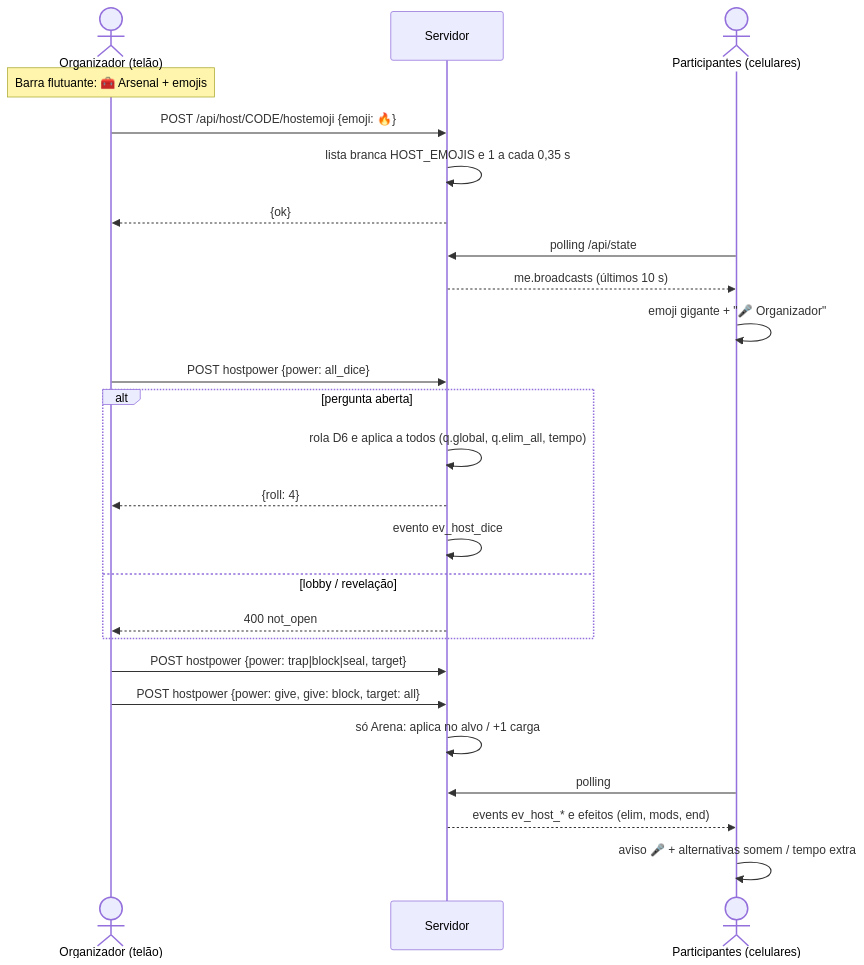
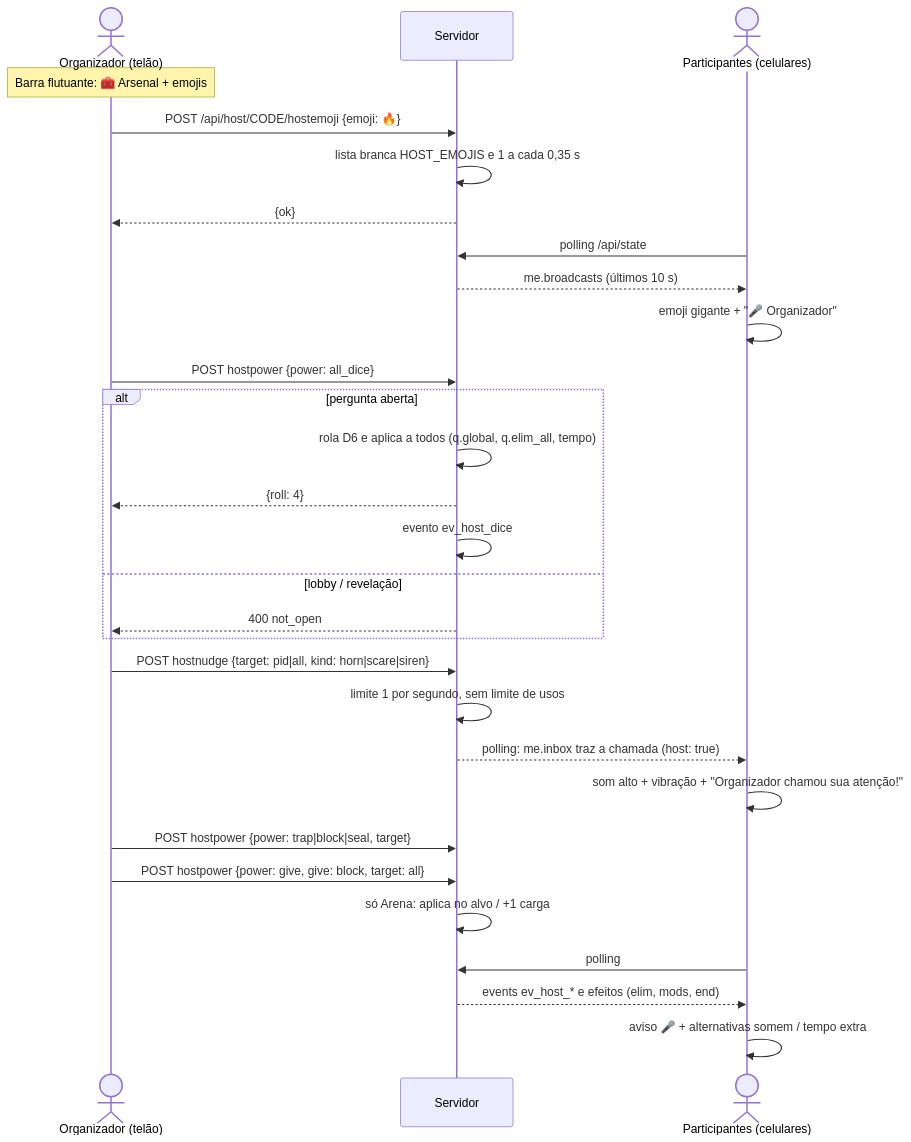
One commit to luiskenji-ido/arena-quiz-multiplayer changed the diagram in docs/diagramas/17_arsenal_organizador.mmd. Above: the diagram before and after it, drawn with Mermaid. The commit also changed 17 other files, not shown here.

Commit message:
Chamar atenção do organizador (versão 1.5.0)

```diff
--- a/docs/diagramas/17_arsenal_organizador.mmd
+++ b/docs/diagramas/17_arsenal_organizador.mmd
@@ -1,25 +1,29 @@
 sequenceDiagram
   actor O as Organizador (telão)
   participant S as Servidor
   actor P as Participantes (celulares)
   Note over O: Barra flutuante: 🧰 Arsenal + emojis
   O->>S: POST /api/host/CODE/hostemoji {emoji: 🔥}
   S->>S: lista branca HOST_EMOJIS e 1 a cada 0,35 s
   S-->>O: {ok}
   P->>S: polling /api/state
   S-->>P: me.broadcasts (últimos 10 s)
   P->>P: emoji gigante + "🎤 Organizador"
   O->>S: POST hostpower {power: all_dice}
   alt pergunta aberta
     S->>S: rola D6 e aplica a todos (q.global, q.elim_all, tempo)
     S-->>O: {roll: 4}
     S->>S: evento ev_host_dice
   else lobby / revelação
     S-->>O: 400 not_open
   end
+  O->>S: POST hostnudge {target: pid|all, kind: horn|scare|siren}
+  S->>S: limite 1 por segundo, sem limite de usos
+  S-->>P: polling: me.inbox traz a chamada (host: true)
+  P->>P: som alto + vibração + "Organizador chamou sua atenção!"
   O->>S: POST hostpower {power: trap|block|seal, target}
   O->>S: POST hostpower {power: give, give: block, target: all}
   S->>S: só Arena: aplica no alvo / +1 carga
   P->>S: polling
   S-->>P: events ev_host_* e efeitos (elim, mods, end)
   P->>P: aviso 🎤 + alternativas somem / tempo extra
```
